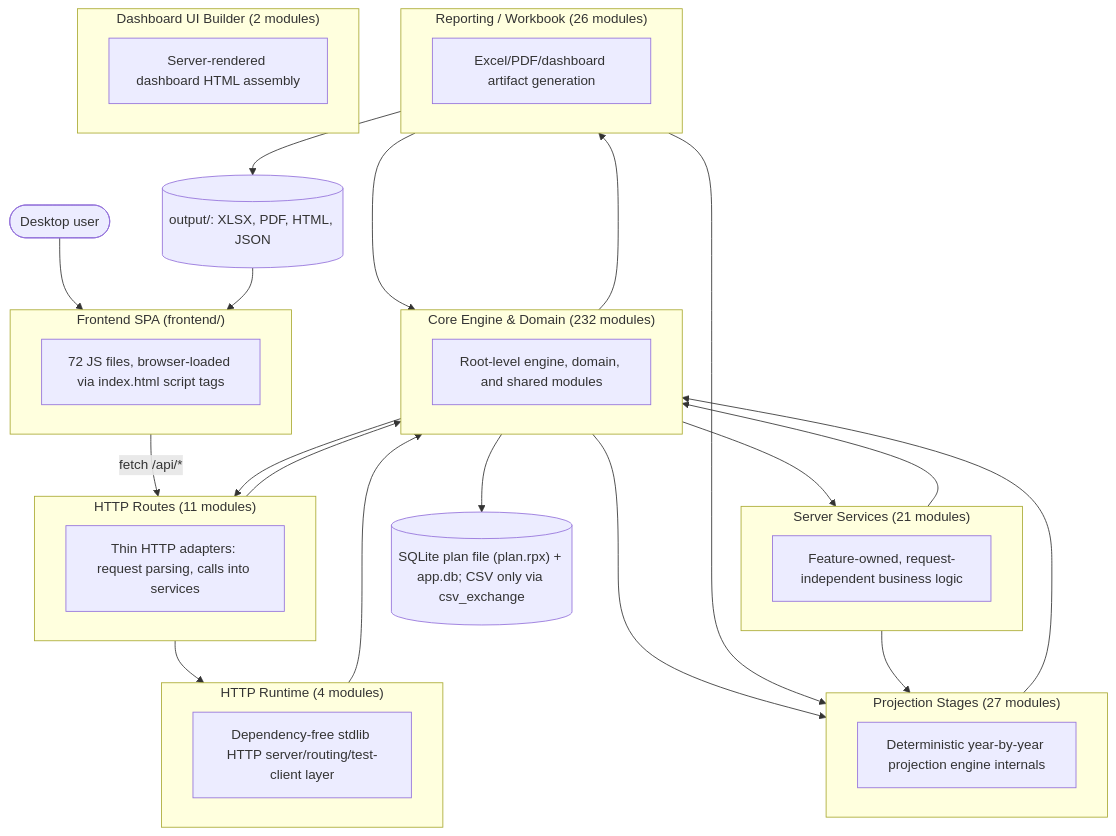
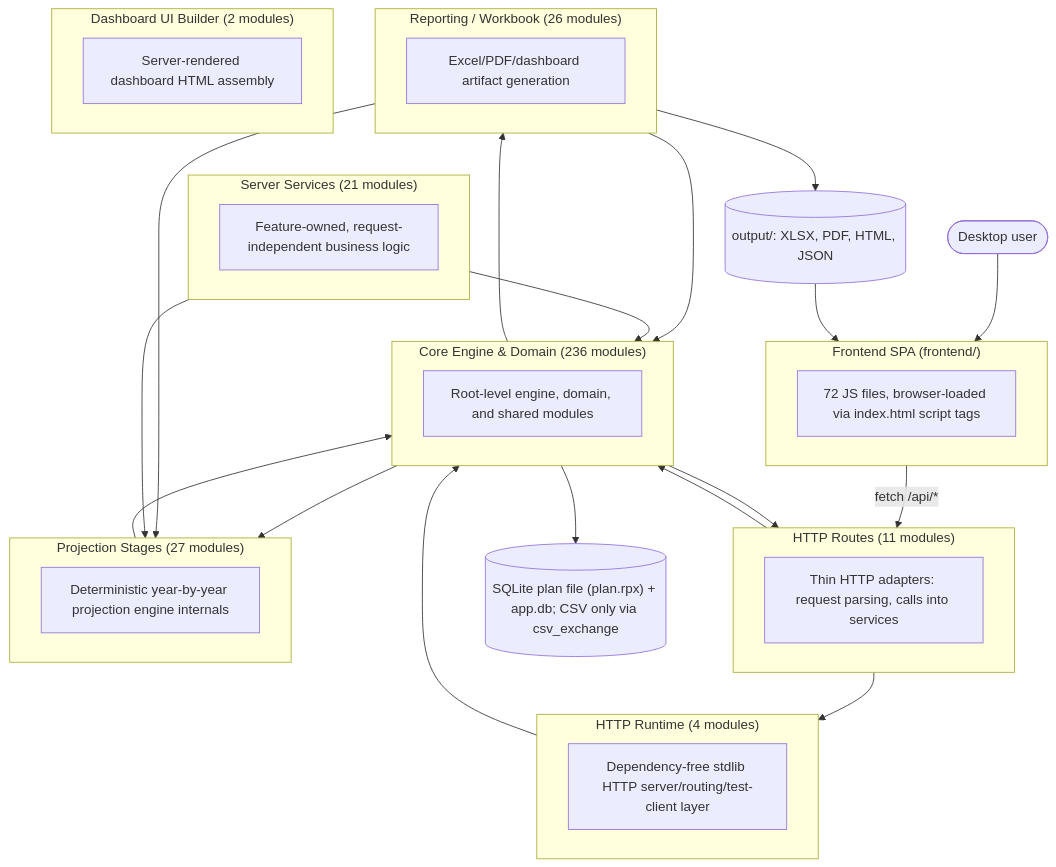
One commit to matthartzman/retirement_system changed the first of 2 diagrams in documentation/reference/SYSTEM_ARCHITECTURE_DIAGRAM.md. Above: the diagram before and after it, drawn with Mermaid. The commit also changed other lines of this file and 184 other files, not shown here.

````diff
--- a/documentation/reference/SYSTEM_ARCHITECTURE_DIAGRAM.md
+++ b/documentation/reference/SYSTEM_ARCHITECTURE_DIAGRAM.md
@@ -11,44 +11,43 @@
 ```mermaid
 flowchart TB
     User(["Desktop user"]) --> FE
     subgraph FE["Frontend SPA (frontend/)"]
         FEcount["72 JS files, browser-loaded via index.html script tags"]
     end
     FE -->|fetch /api/*| L_HTTP_Routes
     subgraph L_HTTP_Routes["HTTP Routes (11 modules)"]
         L_HTTP_Routes_d["Thin HTTP adapters: request parsing, calls into services"]
     end
     subgraph L_Server_Services["Server Services (21 modules)"]
         L_Server_Services_d["Feature-owned, request-independent business logic"]
     end
     subgraph L_HTTP_Runtime["HTTP Runtime (4 modules)"]
         L_HTTP_Runtime_d["Dependency-free stdlib HTTP server/routing/test-client layer"]
     end
-    subgraph L_Core_Engine___Domain["Core Engine & Domain (232 modules)"]
+    subgraph L_Core_Engine___Domain["Core Engine & Domain (236 modules)"]
         L_Core_Engine___Domain_d["Root-level engine, domain, and shared modules"]
     end
     subgraph L_Projection_Stages["Projection Stages (27 modules)"]
         L_Projection_Stages_d["Deterministic year-by-year projection engine internals"]
     end
     subgraph L_Reporting___Workbook["Reporting / Workbook (26 modules)"]
         L_Reporting___Workbook_d["Excel/PDF/dashboard artifact generation"]
     end
     subgraph L_Dashboard_UI_Builder["Dashboard UI Builder (2 modules)"]
         L_Dashboard_UI_Builder_d["Server-rendered dashboard HTML assembly"]
     end
     L_Core_Engine___Domain --> L_HTTP_Routes
     L_Core_Engine___Domain --> L_Projection_Stages
     L_Core_Engine___Domain --> L_Reporting___Workbook
-    L_Core_Engine___Domain --> L_Server_Services
     L_HTTP_Routes --> L_Core_Engine___Domain
     L_HTTP_Routes --> L_HTTP_Runtime
     L_HTTP_Runtime --> L_Core_Engine___Domain
     L_Projection_Stages --> L_Core_Engine___Domain
     L_Reporting___Workbook --> L_Core_Engine___Domain
     L_Reporting___Workbook --> L_Projection_Stages
     L_Server_Services --> L_Core_Engine___Domain
     L_Server_Services --> L_Projection_Stages
     L_Core_Engine___Domain --> DB[("SQLite plan file (plan.rpx) + app.db; CSV only via csv_exchange")]
     L_Reporting___Workbook --> Outputs[("output/: XLSX, PDF, HTML, JSON")]
     Outputs --> FE
 ```
````
